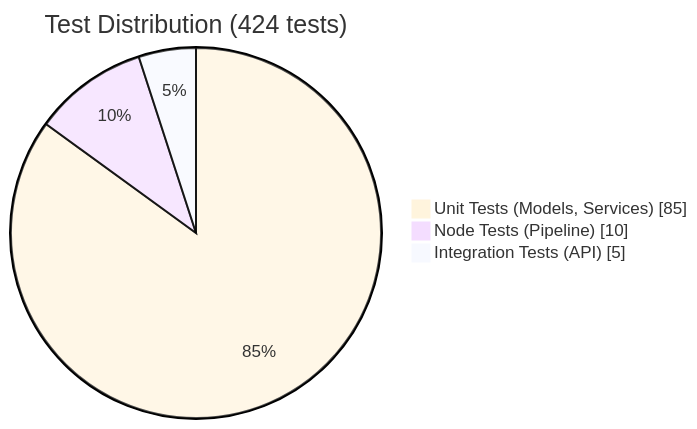
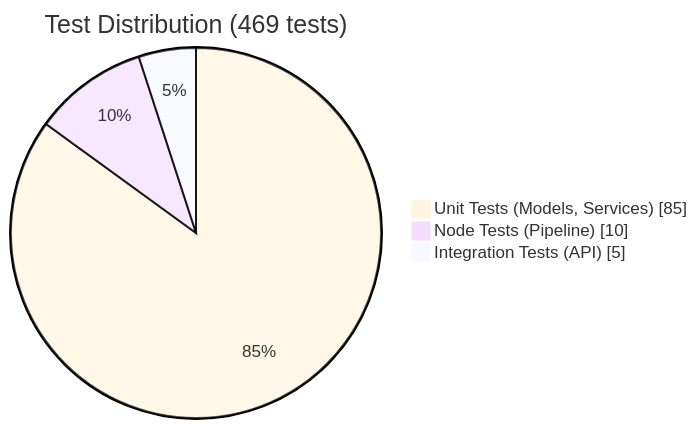
Diagram 15 of 26 in docs/codebase-summary.md (darth-dodo/hn-herald), drawn with Mermaid before and after one commit. The commit also changed other lines of this file and 4 other files, not shown here.

````diff
--- a/docs/codebase-summary.md
+++ b/docs/codebase-summary.md
@@ -871,8 +893,8 @@
 ```mermaid
 %%{init: {'theme': 'base', 'themeVariables': { 'fontSize': '14px'}}}%%
 pie showData
-    title Test Distribution (424 tests)
+    title Test Distribution (469 tests)
     "Unit Tests (Models, Services)" : 85
     "Node Tests (Pipeline)" : 10
     "Integration Tests (API)" : 5
 ```
````
